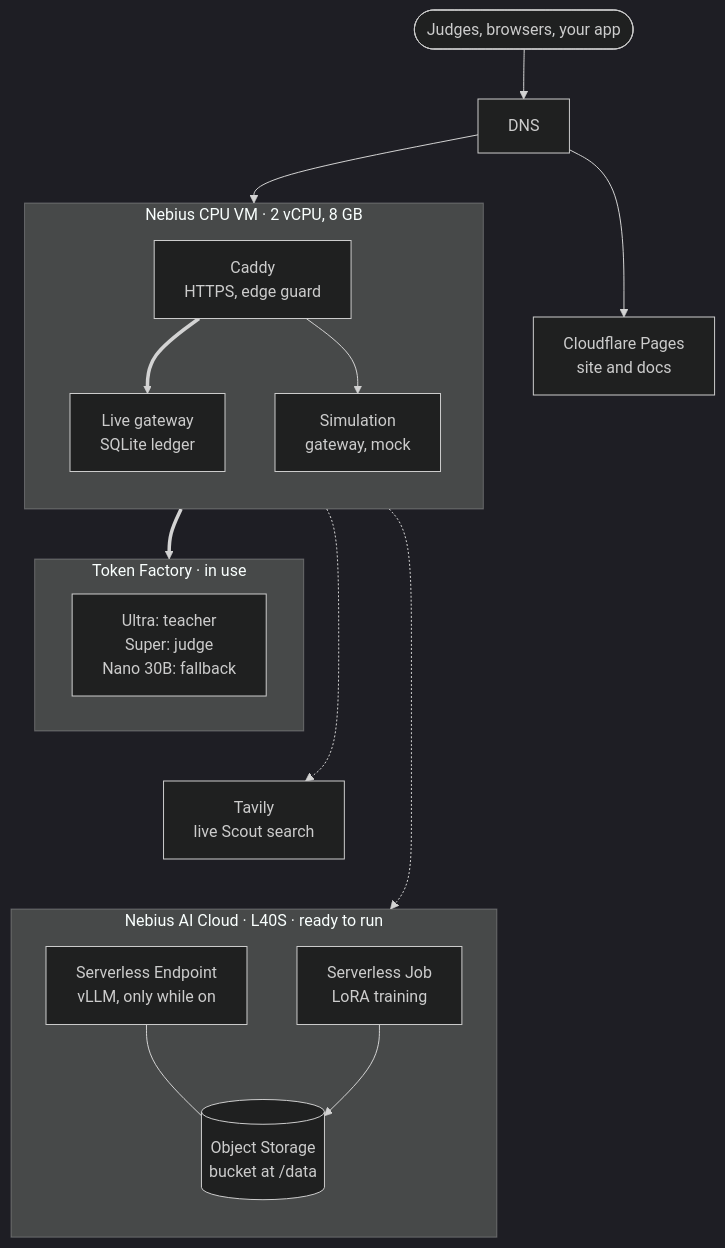
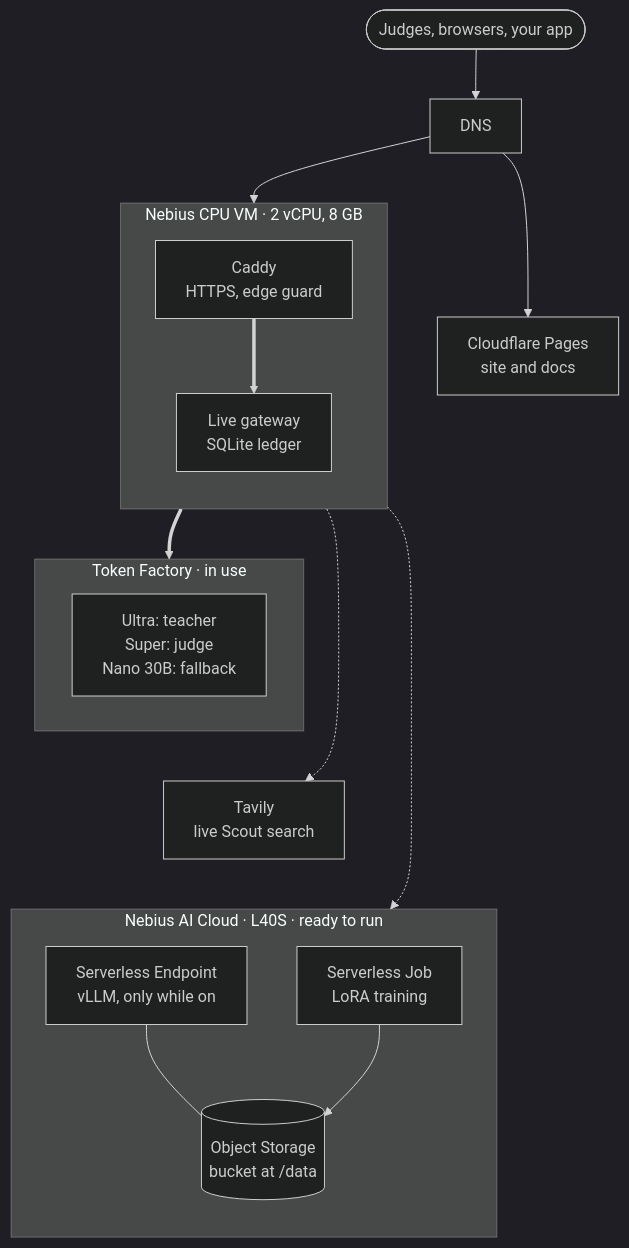
One commit to harshbhx/ratchet changed the first of 2 diagrams in docs-site/src/content/docs/guides/host-on-nebius.mdx. Above: the diagram before and after it, drawn with Mermaid (dark theme). The commit also changed other lines of this file and 76 other files, not shown here.

````diff
--- a/docs-site/src/content/docs/guides/host-on-nebius.mdx
+++ b/docs-site/src/content/docs/guides/host-on-nebius.mdx
@@ -62,32 +62,31 @@
 ```mermaid
 flowchart TB
   user(["Judges, browsers, your app"]) --> dns["DNS"]
   dns --> pages["Cloudflare Pages<br/>site and docs"]
   dns --> vm
   subgraph vm["Nebius CPU VM · 2 vCPU, 8 GB"]
     direction TB
     caddy["Caddy<br/>HTTPS, edge guard"] ==> live["Live gateway<br/>SQLite ledger"]
-    caddy --> sim["Simulation<br/>gateway, mock"]
   end
   subgraph tf["Token Factory · in use"]
     teacher["Ultra: teacher<br/>Super: judge<br/>Nano 30B: fallback"]
   end
   tavily["Tavily<br/>live Scout search"]
   subgraph gpu["Nebius AI Cloud · L40S · ready to run"]
     direction TB
     ep["Serverless Endpoint<br/>vLLM, only while on"] --- bucket[("Object Storage<br/>bucket at /data")]
     job["Serverless Job<br/>LoRA training"] --> bucket
   end
   vm ==> tf
   tf ~~~ tavily
   tavily ~~~ gpu
   vm -.-> tavily
   vm -.-> gpu
 
-  class user,dns,caddy,live,sim neutral
+  class user,dns,caddy,live neutral
   class pages,teacher ok
   class tavily outline
   class ep,job,bucket pending
   class gpu pendingZone
   class tf okZone
 ```
````
